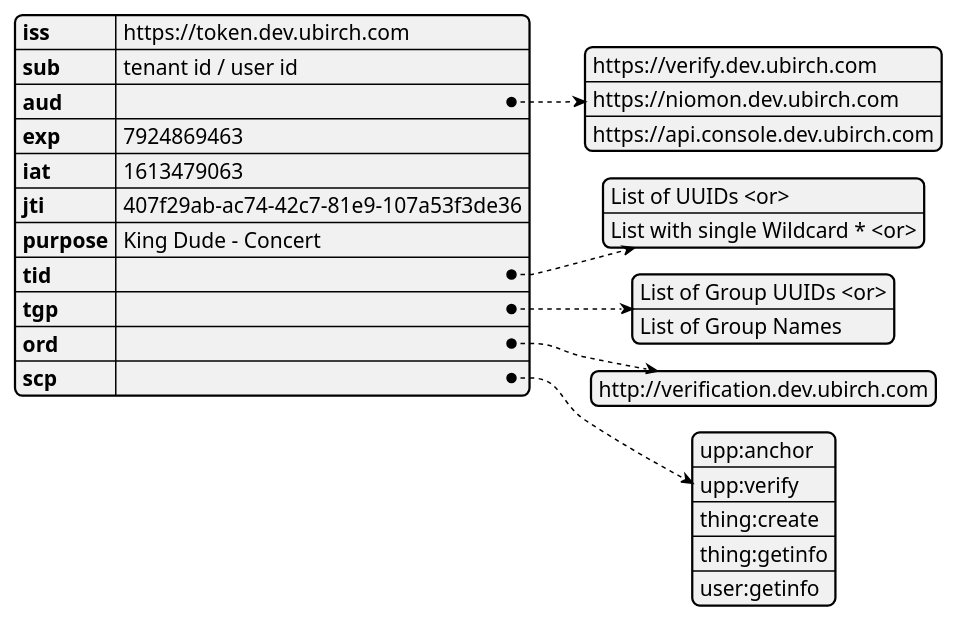
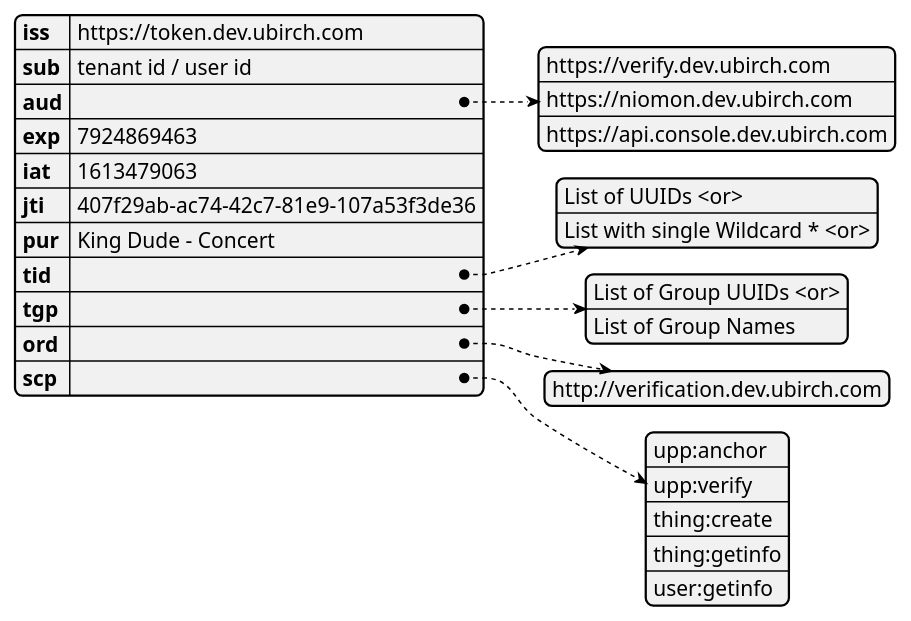
One commit to ubirch/ubirch-token-manager changed the diagram in assets/DataPayload.puml. Above: the diagram before and after it, drawn with PlantUML. The commit also changed 3 other files, not shown here.

```diff
--- a/assets/DataPayload.puml
+++ b/assets/DataPayload.puml
@@ -1,27 +1,27 @@
 @startjson
 {
   "iss": "https://token.dev.ubirch.com",
   "sub": "tenant id / user id",
   "aud": [
     "https://verify.dev.ubirch.com",
     "https://niomon.dev.ubirch.com",
     "https://api.console.dev.ubirch.com"
     ],
   "exp": 7924869463,
   "iat": 1613479063,
   "jti": "407f29ab-ac74-42c7-81e9-107a53f3de36",
-  "purpose": "King Dude - Concert",
+  "pur": "King Dude - Concert",
   "tid": ["List of UUIDs <or>", "List with single Wildcard * <or>"],
   "tgp": ["List of Group UUIDs <or>", "List of Group Names"],
   "ord": [
     "http://verification.dev.ubirch.com"
   ],
   "scp": [
      "upp:anchor",
      "upp:verify",
      "thing:create",
      "thing:getinfo",
      "user:getinfo"
   ]
 }
 @endjson
```
